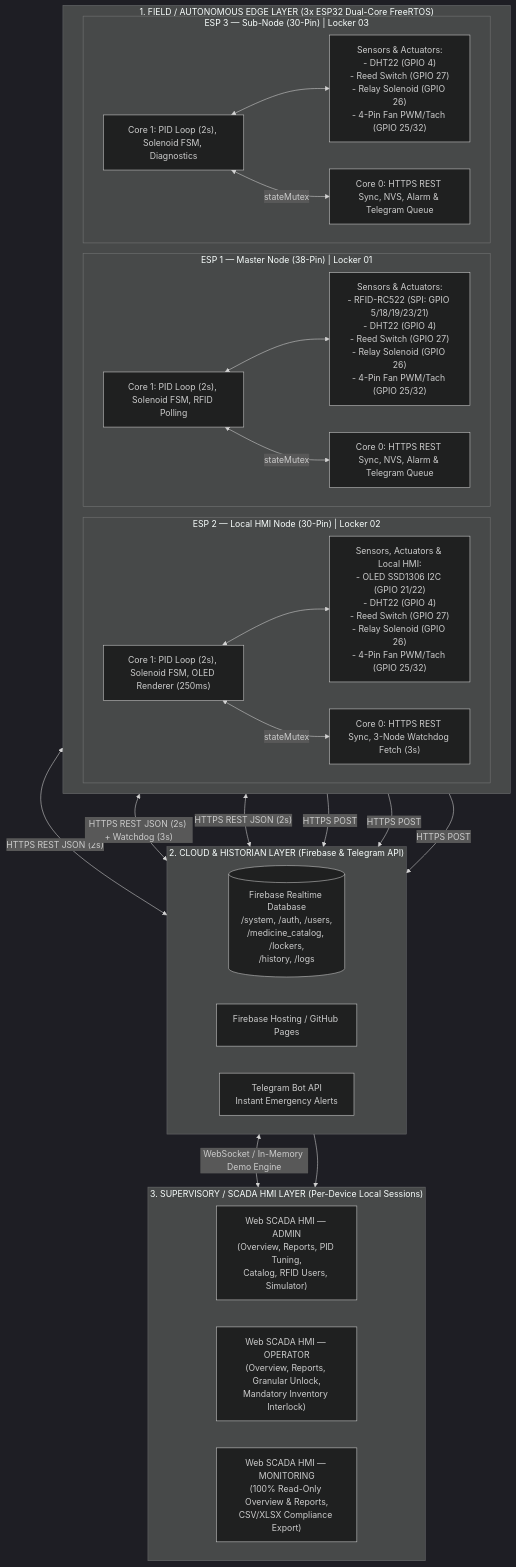
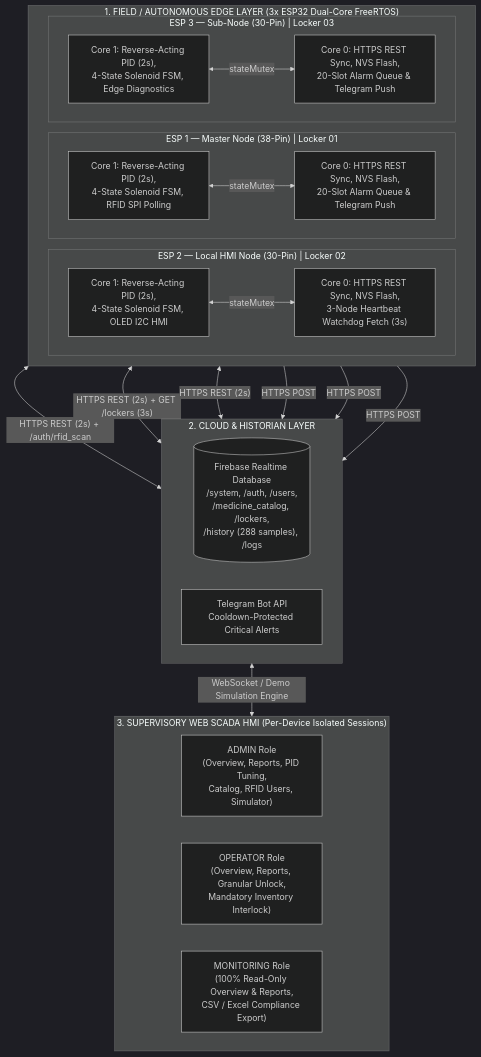
One commit to WilsonLyGH/smart-medicine-locker changed the diagram in README.md. Above: the diagram before and after it, drawn with Mermaid (dark theme). The commit also changed other lines of this file and 4 other files, not shown here.

Commit message:
Docs: polish portfolio README with architecture overview, demo link, and screenshots

````diff
--- a/README.md
+++ b/README.md
@@ -35,50 +53,42 @@
 ```mermaid
 flowchart TB
     subgraph EDGE["1. FIELD / AUTONOMOUS EDGE LAYER (3x ESP32 Dual-Core FreeRTOS)"]
         direction LR
         subgraph N1["ESP 1 — Master Node (38-Pin) | Locker 01"]
-            E1_C1["Core 1: PID Loop (2s), Solenoid FSM, RFID Polling"]
-            E1_C0["Core 0: HTTPS REST Sync, NVS, Alarm & Telegram Queue"]
-            E1_HW["Sensors & Actuators:<br/>- RFID-RC522 (SPI: GPIO 5/18/19/23/21)<br/>- DHT22 (GPIO 4)<br/>- Reed Switch (GPIO 27)<br/>- Relay Solenoid (GPIO 26)<br/>- 4-Pin Fan PWM/Tach (GPIO 25/32)"]
-            E1_C1 <--> E1_HW
+            E1_C1["Core 1: Reverse-Acting PID (2s),<br/>4-State Solenoid FSM, RFID SPI Polling"]
+            E1_C0["Core 0: HTTPS REST Sync, NVS Flash,<br/>20-Slot Alarm Queue & Telegram Push"]
             E1_C1 <-->|"stateMutex"| E1_C0
         end
 
         subgraph N2["ESP 2 — Local HMI Node (30-Pin) | Locker 02"]
-            E2_C1["Core 1: PID Loop (2s), Solenoid FSM, OLED Renderer (250ms)"]
-            E2_C0["Core 0: HTTPS REST Sync, 3-Node Watchdog Fetch (3s)"]
-            E2_HW["Sensors, Actuators & Local HMI:<br/>- OLED SSD1306 I2C (GPIO 21/22)<br/>- DHT22 (GPIO 4)<br/>- Reed Switch (GPIO 27)<br/>- Relay Solenoid (GPIO 26)<br/>- 4-Pin Fan PWM/Tach (GPIO 25/32)"]
-            E2_C1 <--> E2_HW
+            E2_C1["Core 1: Reverse-Acting PID (2s),<br/>4-State Solenoid FSM, OLED I2C HMI"]
+            E2_C0["Core 0: HTTPS REST Sync, NVS Flash,<br/>3-Node Heartbeat Watchdog Fetch (3s)"]
             E2_C1 <-->|"stateMutex"| E2_C0
         end
 
         subgraph N3["ESP 3 — Sub-Node (30-Pin) | Locker 03"]
-            E3_C1["Core 1: PID Loop (2s), Solenoid FSM, Diagnostics"]
-            E3_C0["Core 0: HTTPS REST Sync, NVS, Alarm & Telegram Queue"]
-            E3_HW["Sensors & Actuators:<br/>- DHT22 (GPIO 4)<br/>- Reed Switch (GPIO 27)<br/>- Relay Solenoid (GPIO 26)<br/>- 4-Pin Fan PWM/Tach (GPIO 25/32)"]
-            E3_C1 <--> E3_HW
+            E3_C1["Core 1: Reverse-Acting PID (2s),<br/>4-State Solenoid FSM, Edge Diagnostics"]
+            E3_C0["Core 0: HTTPS REST Sync, NVS Flash,<br/>20-Slot Alarm Queue & Telegram Push"]
             E3_C1 <-->|"stateMutex"| E3_C0
         end
     end
 
-    subgraph CLOUD["2. CLOUD & HISTORIAN LAYER (Firebase & Telegram API)"]
+    subgraph CLOUD["2. CLOUD & HISTORIAN LAYER"]
         direction LR
-        RTDB[("Firebase Realtime Database<br/>/system, /auth, /users,<br/>/medicine_catalog, /lockers,<br/>/history, /logs")]
-        HOST["Firebase Hosting / GitHub Pages"]
-        TG["Telegram Bot API<br/>Instant Emergency Alerts"]
+        RTDB[("Firebase Realtime Database<br/>/system, /auth, /users,<br/>/medicine_catalog, /lockers,<br/>/history (288 samples), /logs")]
+        TG["Telegram Bot API<br/>Cooldown-Protected Critical Alerts"]
     end
 
-    subgraph HMI["3. SUPERVISORY / SCADA HMI LAYER (Per-Device Local Sessions)"]
+    subgraph HMI["3. SUPERVISORY WEB SCADA HMI (Per-Device Isolated Sessions)"]
         direction LR
-        WEB_ADMIN["Web SCADA HMI — ADMIN<br/>(Overview, Reports, PID Tuning,<br/>Catalog, RFID Users, Simulator)"]
-        WEB_OP["Web SCADA HMI — OPERATOR<br/>(Overview, Reports, Granular Unlock,<br/>Mandatory Inventory Interlock)"]
-        WEB_MON["Web SCADA HMI — MONITORING<br/>(100% Read-Only Overview & Reports,<br/>CSV/XLSX Compliance Export)"]
+        WEB_ADMIN["ADMIN Role<br/>(Overview, Reports, PID Tuning,<br/>Catalog, RFID Users, Simulator)"]
+        WEB_OP["OPERATOR Role<br/>(Overview, Reports, Granular Unlock,<br/>Mandatory Inventory Interlock)"]
+        WEB_MON["MONITORING Role<br/>(100% Read-Only Overview & Reports,<br/>CSV / Excel Compliance Export)"]
     end
 
-    E1_C0 <-->|"HTTPS REST JSON (2s)"| RTDB
-    E2_C0 <-->|"HTTPS REST JSON (2s) + Watchdog (3s)"| RTDB
-    E3_C0 <-->|"HTTPS REST JSON (2s)"| RTDB
+    E1_C0 <-->|"HTTPS REST (2s) + /auth/rfid_scan"| RTDB
+    E2_C0 <-->|"HTTPS REST (2s) + GET /lockers (3s)"| RTDB
+    E3_C0 <-->|"HTTPS REST (2s)"| RTDB
     E1_C0 & E2_C0 & E3_C0 -->|"HTTPS POST"| TG
-    RTDB <-->|"WebSocket / In-Memory Demo Engine"| HMI
-    HOST --> HMI
+    RTDB <-->|"WebSocket / Demo Simulation Engine"| HMI
 ```
````
